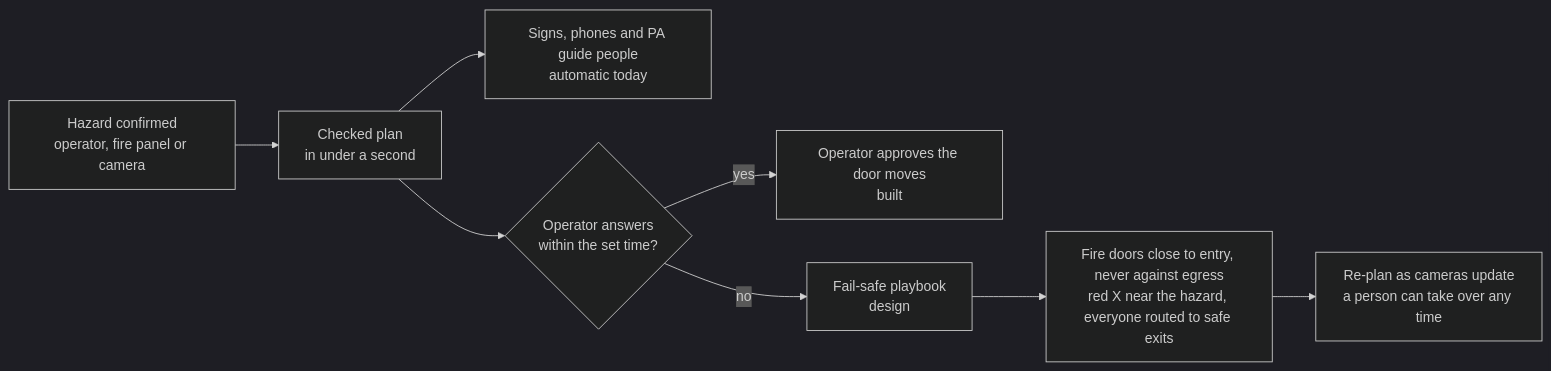
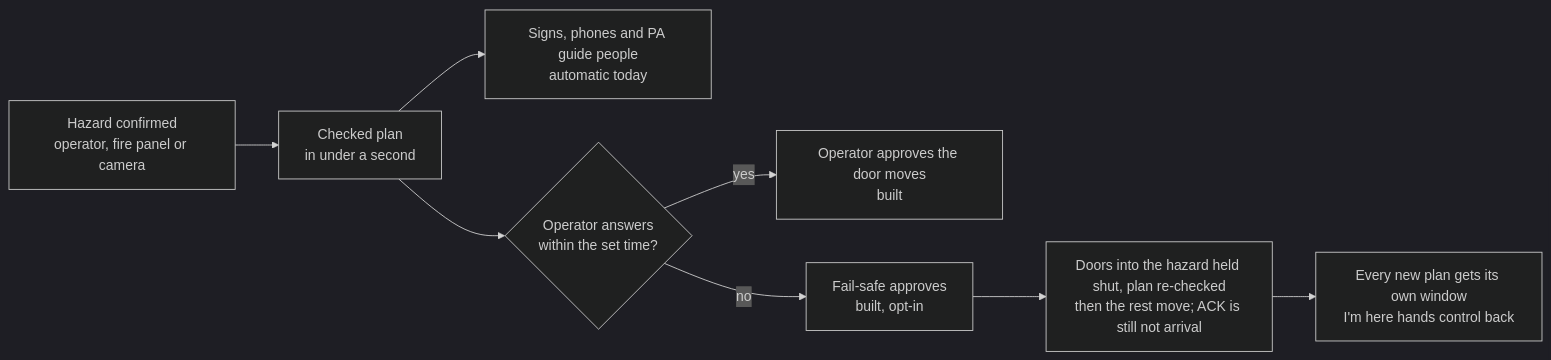
One commit to charliegillet/SpatialTwin changed the sixth of 6 diagrams in README.md. Above: the diagram before and after it, drawn with Mermaid (dark theme). The commit also changed other lines of this file and 22 other files, not shown here.

````diff
--- a/README.md
+++ b/README.md
@@ -284,10 +291,10 @@
 ```mermaid
 flowchart LR
   hazard["Hazard confirmed<br/>operator, fire panel or camera"] --> plan["Checked plan<br/>in under a second"]
   plan --> guide["Signs, phones and PA guide people<br/>automatic today"]
   plan --> ask{"Operator answers<br/>within the set time?"}
   ask -- yes --> approve["Operator approves the door moves<br/>built"]
-  ask -- no --> playbook["Fail-safe playbook<br/>design"]
-  playbook --> act["Fire doors close to entry, never against egress<br/>red X near the hazard, everyone routed to safe exits"]
-  act --> watch["Re-plan as cameras update<br/>a person can take over any time"]
+  ask -- no --> playbook["Fail-safe approves<br/>built, opt-in"]
+  playbook --> act["Doors into the hazard held shut, plan re-checked<br/>then the rest move; ACK is still not arrival"]
+  act --> watch["Every new plan gets its own window<br/>I'm here hands control back"]
 ```
````
